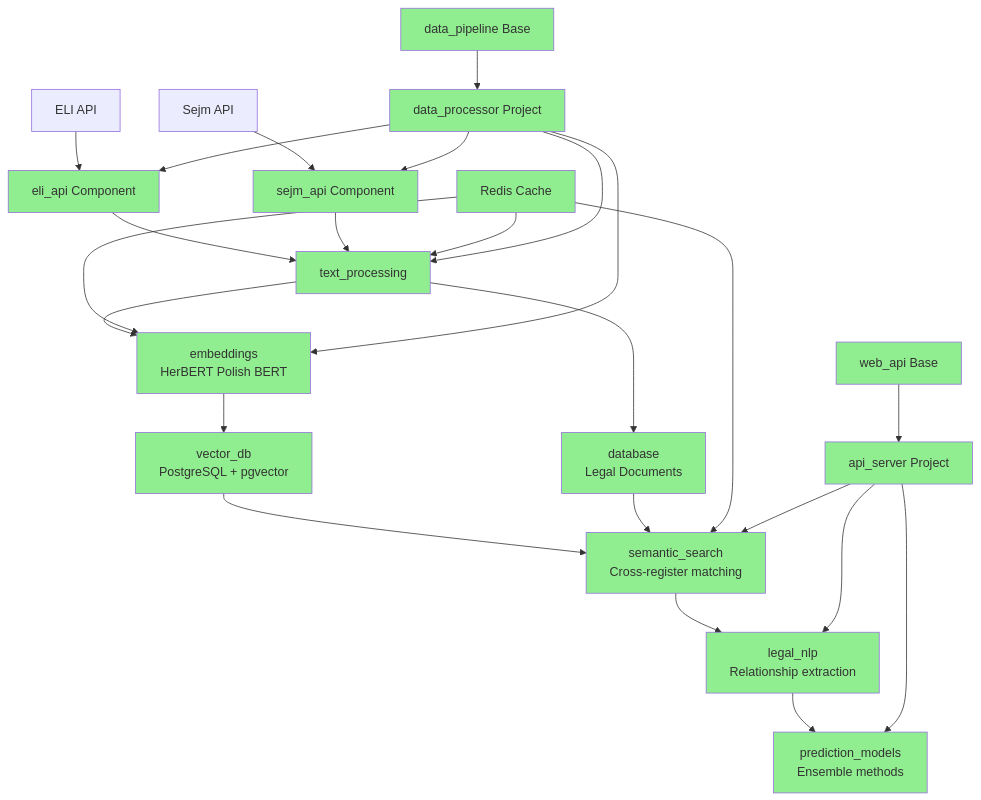
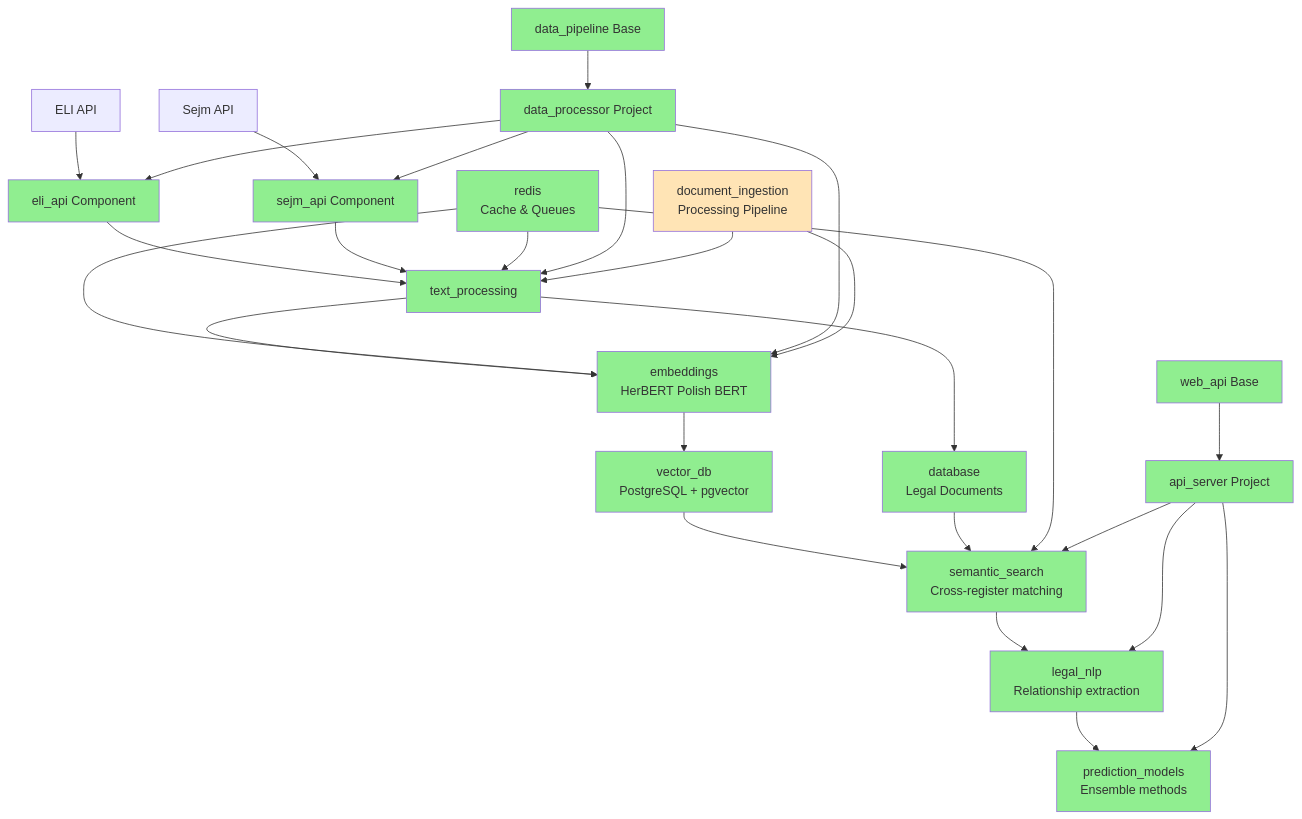
Before and after one commit to stakent/sejm-whiz: the first of 2 diagrams in README.md, drawn with Mermaid. The commit also changed other lines of this file and 2 other files, not shown here.

````diff
--- a/README.md
+++ b/README.md
@@ -24,49 +24,53 @@
 ```mermaid
 graph TD
     A[ELI API] --> B[eli_api Component]
     C[Sejm API] --> D[sejm_api Component]
     
     B --> E[text_processing]
     D --> E
     
     E --> F[embeddings<br/>HerBERT Polish BERT]
     
     F --> G[vector_db<br/>PostgreSQL + pgvector]
     E --> H[database<br/>Legal Documents]
     
     G --> I[semantic_search<br/>Cross-register matching]
     H --> I
     
     I --> J[legal_nlp<br/>Relationship extraction]
     J --> K[prediction_models<br/>Ensemble methods]
     
-    L[Redis Cache] --> E
+    L[redis<br/>Cache & Queues] --> E
     L --> F
     L --> I
     
     M[data_pipeline Base] --> N[data_processor Project]
     N --> B
     N --> D
     N --> E
     N --> F
     
     O[web_api Base] --> P[api_server Project]
     P --> I
     P --> J
     P --> K
+    
+    Q[document_ingestion<br/>Processing Pipeline] --> E
+    Q --> F
     
     style B fill:#90EE90
     style D fill:#90EE90
     style E fill:#90EE90
     style F fill:#90EE90
     style G fill:#90EE90
     style H fill:#90EE90
     style I fill:#90EE90
     style J fill:#90EE90
     style K fill:#90EE90
     style L fill:#90EE90
     style M fill:#90EE90
     style N fill:#90EE90
     style O fill:#90EE90
     style P fill:#90EE90
+    style Q fill:#FFE4B5
 ```
````
